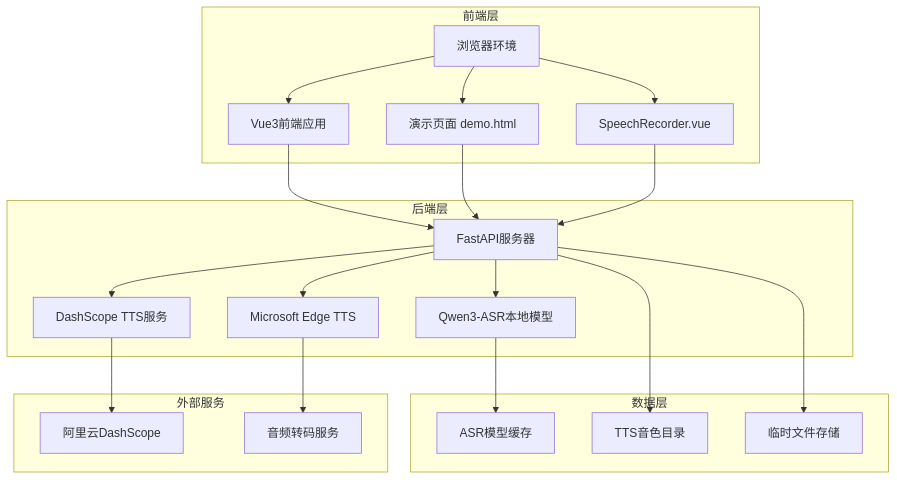
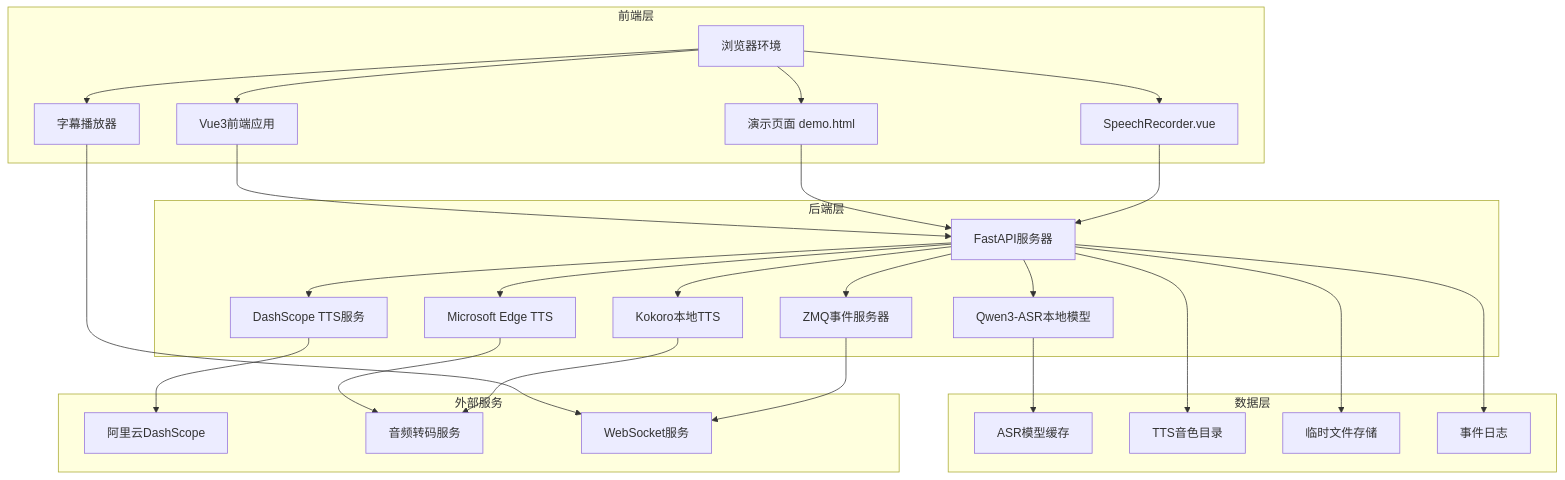
One commit to 1024dashen/Vue3Speech changed the first of 8 diagrams in .qoder/repowiki/zh/content/项目概述.md. Above: the diagram before and after it, drawn with Mermaid. The commit also changed other lines of this file and 6 other files, not shown here.

````diff
--- a/.qoder/repowiki/zh/content/项目概述.md
+++ b/.qoder/repowiki/zh/content/项目概述.md
@@ -71,38 +86,50 @@
 ```mermaid
 graph TB
 subgraph "前端层"
 Vue3[Vue3前端应用]
 DemoPage[演示页面 demo.html]
 Recorder[SpeechRecorder.vue]
 Browser[浏览器环境]
+SubtitlePlayer[字幕播放器]
 end
 subgraph "后端层"
 FastAPI[FastAPI服务器]
 ASR[Qwen3-ASR本地模型]
 TTS[DashScope TTS服务]
 EdgeTTS[Microsoft Edge TTS]
+KokoroTTS[Kokoro本地TTS]
+ZMQServer[ZMQ事件服务器]
 end
 subgraph "数据层"
 ModelCache[ASR模型缓存]
 VoiceCatalog[TTS音色目录]
 TempFiles[临时文件存储]
+EventLog[事件日志]
 end
 subgraph "外部服务"
 DashScope[阿里云DashScope]
 FFmpeg[音频转码服务]
+WebSocket[WebSocket服务]
 end
 Browser --> Vue3
 Browser --> DemoPage
 Browser --> Recorder
+Browser --> SubtitlePlayer
 Vue3 --> FastAPI
 DemoPage --> FastAPI
 Recorder --> FastAPI
+SubtitlePlayer --> WebSocket
 FastAPI --> ASR
 FastAPI --> TTS
 FastAPI --> EdgeTTS
+FastAPI --> KokoroTTS
+ZMQServer --> WebSocket
+FastAPI --> ZMQServer
 ASR --> ModelCache
 TTS --> DashScope
 EdgeTTS --> FFmpeg
+KokoroTTS --> FFmpeg
 FastAPI --> VoiceCatalog
 FastAPI --> TempFiles
+FastAPI --> EventLog
 ```
````
